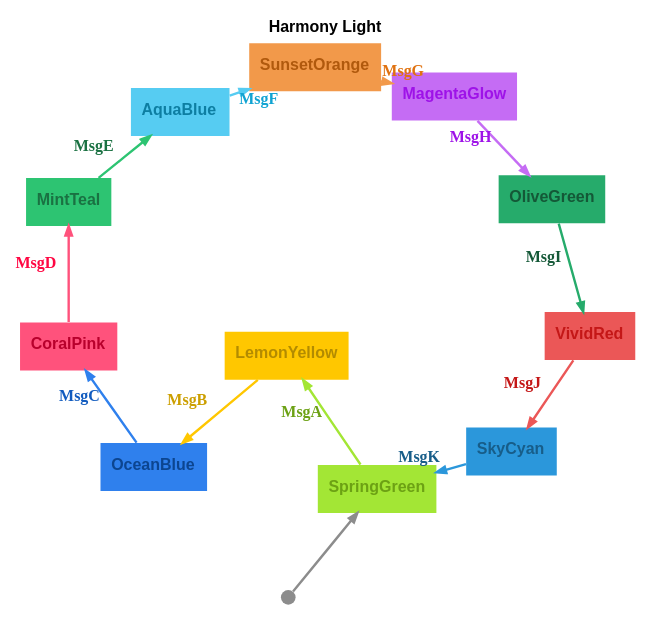
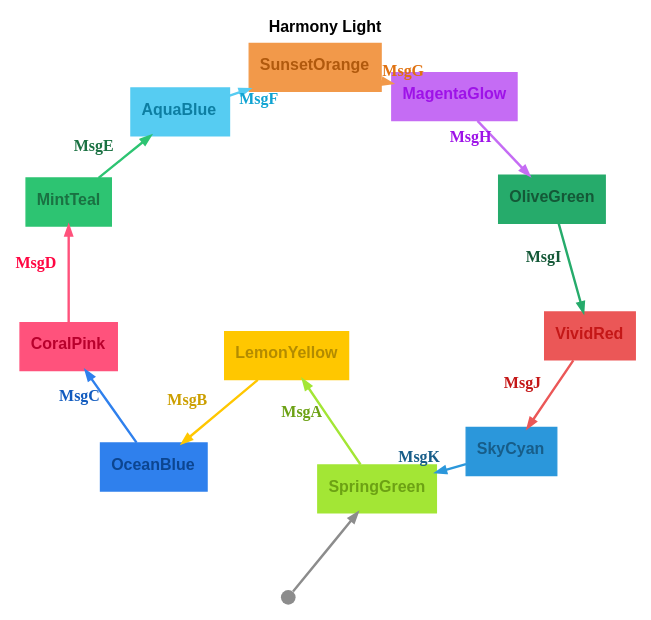
The diagram in graphs/themes/harmony-light.dot (m-bock/purescript-transit), drawn with Graphviz before and after one commit. The commit also changed 25 other files, not shown here.

Commit message:
Refactor graph definitions to enhance visual consistency by updating color attributes for nodes and edges across various dot and svg files. Adjust pen widths and color settings in the Door, Color Ring, and House of Santa Claus examples for improved clarity and aesthetics.

```diff
--- a/graphs/themes/harmony-light.dot
+++ b/graphs/themes/harmony-light.dot
@@ -1,29 +1,29 @@
 digraph 
 {
-rankdir = "TD";fontname = "Arial";label = <<b>Harmony Light</b>>;labelloc = "t";fontsize = 12;bgcolor = "#ffffff"
+rankdir = "TD";fontname = "Arial";label = <<b>Harmony Light</b>>;labelloc = "t";fontsize = 12;bgcolor = "#ffffff";fontcolor = "#000000"
 graph [layout=sfdp;overlap=false, K=2.5, repulsiveforce=4, splines=true];
-SpringGreen [shape = "box", label = <<b>SpringGreen</b>>, fontsize = 12, style = "filled", fillcolor = "#a3e635", fontcolor = "#6ca114", fontname = "Arial", labelloc = "c", penwidth = 0.0]
+SpringGreen [shape = "box", label = <<b>SpringGreen</b>>, fontsize = 12, style = "filled", fillcolor = "#a3e635", fontcolor = "#6ca114", color = "#a3e635", fontname = "Arial", labelloc = "c", penwidth = 1.0]
 __Start__ [shape = "circle", label = "", width = 0.15, height = 0.15, fixedsize = true, style = "filled", fillcolor = "#8c8c8c", penwidth = 0.0]
 __Start__ -> SpringGreen [color = "#8c8c8c", fontsize = 12, arrowsize = "0.7", penwidth = 1.8]
 SpringGreen -> LemonYellow [color = "#a3e635", fontcolor = "#6ca114", fontsize = 12, arrowsize = "0.7", label = <<b>MsgA</b>>, penwidth = 1.8]
-LemonYellow [shape = "box", label = <<b>LemonYellow</b>>, fontsize = 12, style = "filled", fillcolor = "#ffc700", fontcolor = "#b38b00", fontname = "Arial", labelloc = "c", penwidth = 0.0]
+LemonYellow [shape = "box", label = <<b>LemonYellow</b>>, fontsize = 12, style = "filled", fillcolor = "#ffc700", fontcolor = "#b38b00", color = "#ffc700", fontname = "Arial", labelloc = "c", penwidth = 1.0]
 LemonYellow -> OceanBlue [color = "#ffc700", fontcolor = "#cc9f00", fontsize = 12, arrowsize = "0.7", label = <<b>MsgB</b>>, penwidth = 1.8]
-OceanBlue [shape = "box", label = <<b>OceanBlue</b>>, fontsize = 12, style = "filled", fillcolor = "#2f80ed", fontcolor = "#0c4590", fontname = "Arial", labelloc = "c", penwidth = 0.0]
+OceanBlue [shape = "box", label = <<b>OceanBlue</b>>, fontsize = 12, style = "filled", fillcolor = "#2f80ed", fontcolor = "#0c4590", color = "#2f80ed", fontname = "Arial", labelloc = "c", penwidth = 1.0]
 OceanBlue -> CoralPink [color = "#2f80ed", fontcolor = "#115bbf", fontsize = 12, arrowsize = "0.7", label = <<b>MsgC</b>>, penwidth = 1.8]
-CoralPink [shape = "box", label = <<b>CoralPink</b>>, fontsize = 12, style = "filled", fillcolor = "#ff527c", fontcolor = "#b8002c", fontname = "Arial", labelloc = "c", penwidth = 0.0]
+CoralPink [shape = "box", label = <<b>CoralPink</b>>, fontsize = 12, style = "filled", fillcolor = "#ff527c", fontcolor = "#b8002c", color = "#ff527c", fontname = "Arial", labelloc = "c", penwidth = 1.0]
 CoralPink -> MintTeal [color = "#ff527c", fontcolor = "#ff0642", fontsize = 12, arrowsize = "0.7", label = <<b>MsgD</b>>, penwidth = 1.8]
-MintTeal [shape = "box", label = <<b>MintTeal</b>>, fontsize = 12, style = "filled", fillcolor = "#2dc472", fontcolor = "#1a7142", fontname = "Arial", labelloc = "c", penwidth = 0.0]
+MintTeal [shape = "box", label = <<b>MintTeal</b>>, fontsize = 12, style = "filled", fillcolor = "#2dc472", fontcolor = "#1a7142", color = "#2dc472", fontname = "Arial", labelloc = "c", penwidth = 1.0]
 MintTeal -> AquaBlue [color = "#2dc472", fontcolor = "#1a7142", fontsize = 12, arrowsize = "0.7", label = <<b>MsgE</b>>, penwidth = 1.8]
-AquaBlue [shape = "box", label = <<b>AquaBlue</b>>, fontsize = 12, style = "filled", fillcolor = "#56ccf2", fontcolor = "#0d7ea2", fontname = "Arial", labelloc = "c", penwidth = 0.0]
+AquaBlue [shape = "box", label = <<b>AquaBlue</b>>, fontsize = 12, style = "filled", fillcolor = "#56ccf2", fontcolor = "#0d7ea2", color = "#56ccf2", fontname = "Arial", labelloc = "c", penwidth = 1.0]
 AquaBlue -> SunsetOrange [color = "#56ccf2", fontcolor = "#10a3d2", fontsize = 12, arrowsize = "0.7", label = <<b>MsgF</b>>, penwidth = 1.8]
-SunsetOrange [shape = "box", label = <<b>SunsetOrange</b>>, fontsize = 12, style = "filled", fillcolor = "#f2994a", fontcolor = "#b0590d", fontname = "Arial", labelloc = "c", penwidth = 0.0]
+SunsetOrange [shape = "box", label = <<b>SunsetOrange</b>>, fontsize = 12, style = "filled", fillcolor = "#f2994a", fontcolor = "#b0590d", color = "#f2994a", fontname = "Arial", labelloc = "c", penwidth = 1.0]
 SunsetOrange -> MagentaGlow [color = "#f2994a", fontcolor = "#e07210", fontsize = 12, arrowsize = "0.7", label = <<b>MsgG</b>>, penwidth = 1.8]
-MagentaGlow [shape = "box", label = <<b>MagentaGlow</b>>, fontsize = 12, style = "filled", fillcolor = "#c56cf4", fontcolor = "#9e12e8", fontname = "Arial", labelloc = "c", penwidth = 0.0]
+MagentaGlow [shape = "box", label = <<b>MagentaGlow</b>>, fontsize = 12, style = "filled", fillcolor = "#c56cf4", fontcolor = "#9e12e8", color = "#c56cf4", fontname = "Arial", labelloc = "c", penwidth = 1.0]
 MagentaGlow -> OliveGreen [color = "#c56cf4", fontcolor = "#9e12e8", fontsize = 12, arrowsize = "0.7", label = <<b>MsgH</b>>, penwidth = 1.8]
-OliveGreen [shape = "box", label = <<b>OliveGreen</b>>, fontsize = 12, style = "filled", fillcolor = "#26ab6b", fontcolor = "#145837", fontname = "Arial", labelloc = "c", penwidth = 0.0]
+OliveGreen [shape = "box", label = <<b>OliveGreen</b>>, fontsize = 12, style = "filled", fillcolor = "#26ab6b", fontcolor = "#145837", color = "#26ab6b", fontname = "Arial", labelloc = "c", penwidth = 1.0]
 OliveGreen -> VividRed [color = "#26ab6b", fontcolor = "#145837", fontsize = 12, arrowsize = "0.7", label = <<b>MsgI</b>>, penwidth = 1.8]
-VividRed [shape = "box", label = <<b>VividRed</b>>, fontsize = 12, style = "filled", fillcolor = "#eb5757", fontcolor = "#c41717", fontname = "Arial", labelloc = "c", penwidth = 0.0]
+VividRed [shape = "box", label = <<b>VividRed</b>>, fontsize = 12, style = "filled", fillcolor = "#eb5757", fontcolor = "#c41717", color = "#eb5757", fontname = "Arial", labelloc = "c", penwidth = 1.0]
 VividRed -> SkyCyan [color = "#eb5757", fontcolor = "#c41717", fontsize = 12, arrowsize = "0.7", label = <<b>MsgJ</b>>, penwidth = 1.8]
-SkyCyan [shape = "box", label = <<b>SkyCyan</b>>, fontsize = 12, style = "filled", fillcolor = "#2b97db", fontcolor = "#175d89", fontname = "Arial", labelloc = "c", penwidth = 0.0]
+SkyCyan [shape = "box", label = <<b>SkyCyan</b>>, fontsize = 12, style = "filled", fillcolor = "#2b97db", fontcolor = "#175d89", color = "#2b97db", fontname = "Arial", labelloc = "c", penwidth = 1.0]
 SkyCyan -> SpringGreen [color = "#2b97db", fontcolor = "#175d89", fontsize = 12, arrowsize = "0.7", label = <<b>MsgK</b>>, penwidth = 1.8]
 }
```
